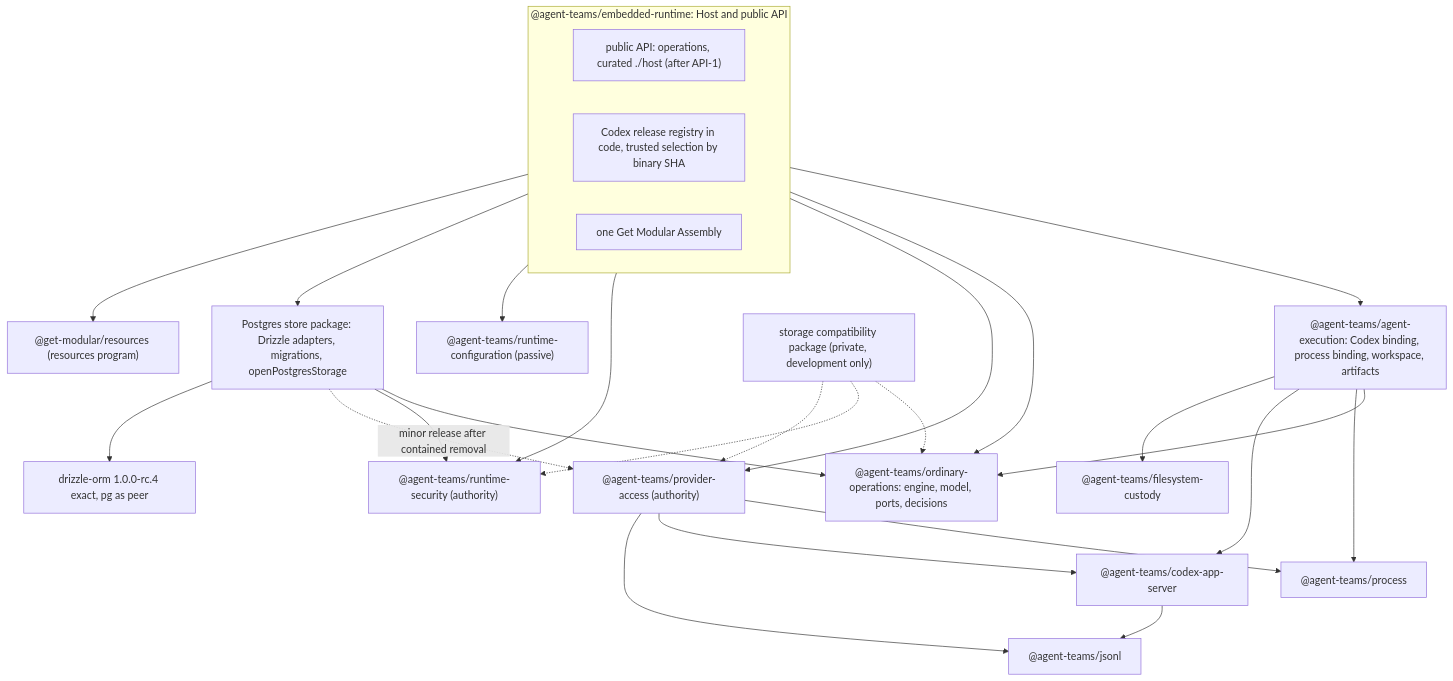
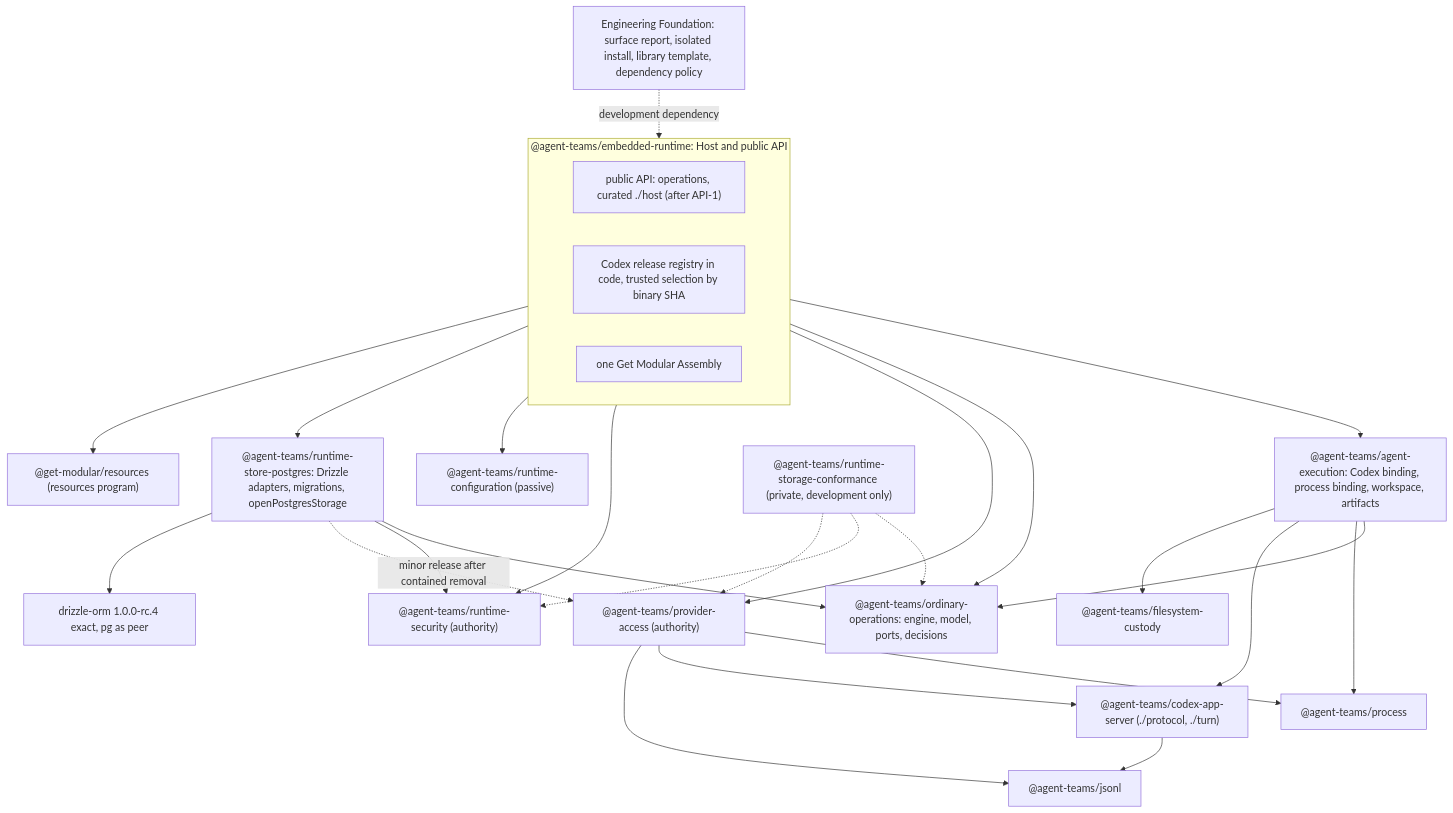
One commit to agent-teams-ai/agent-runtime changed the diagram in docs/architecture/agent-runtime-architecture-program-plan.md. Above: the diagram before and after it, drawn with Mermaid. The commit also changed other lines of this file and 5 other files, not shown here.

First line of the commit message:
docs(architecture): update architecture program plan to version 2 (#216)

````diff
--- a/docs/architecture/agent-runtime-architecture-program-plan.md
+++ b/docs/architecture/agent-runtime-architecture-program-plan.md
@@ -110,30 +138,31 @@
 ```mermaid
 flowchart TB
   subgraph HostPkg["@agent-teams/embedded-runtime: Host and public API"]
     PublicApi["public API: operations, curated ./host (after API-1)"]
     Registry["Codex release registry in code, trusted selection by binary SHA"]
     Assembly["one Get Modular Assembly"]
   end
   HostPkg --> Execution["@agent-teams/agent-execution: Codex binding, process binding, workspace, artifacts"]
   HostPkg --> Operations["@agent-teams/ordinary-operations: engine, model, ports, decisions"]
   HostPkg --> Access["@agent-teams/provider-access (authority)"]
   HostPkg --> Security["@agent-teams/runtime-security (authority)"]
   HostPkg --> Configuration["@agent-teams/runtime-configuration (passive)"]
-  HostPkg --> Store["Postgres store package: Drizzle adapters, migrations, openPostgresStorage"]
+  HostPkg --> Store["@agent-teams/runtime-store-postgres: Drizzle adapters, migrations, openPostgresStorage"]
   HostPkg --> Resources["@get-modular/resources (resources program)"]
   Execution --> Operations
   Execution --> Process["@agent-teams/process"]
-  Execution --> Codex["@agent-teams/codex-app-server"]
+  Execution --> Codex["@agent-teams/codex-app-server (./protocol, ./turn)"]
   Execution --> Custody["@agent-teams/filesystem-custody"]
   Codex --> Jsonl["@agent-teams/jsonl"]
   Access --> Process
   Access --> Codex
   Access --> Jsonl
   Store --> Operations
   Store --> Security
   Store -.->|"minor release after contained removal"| Access
   Store --> Drizzle["drizzle-orm 1.0.0-rc.4 exact, pg as peer"]
-  Compat["storage compatibility package (private, development only)"] -.-> Operations
+  Compat["@agent-teams/runtime-storage-conformance (private, development only)"] -.-> Operations
   Compat -.-> Security
   Compat -.-> Access
+  Tooling["Engineering Foundation: surface report, isolated install, library template, dependency policy"] -.->|"development dependency"| HostPkg
 ```
````
